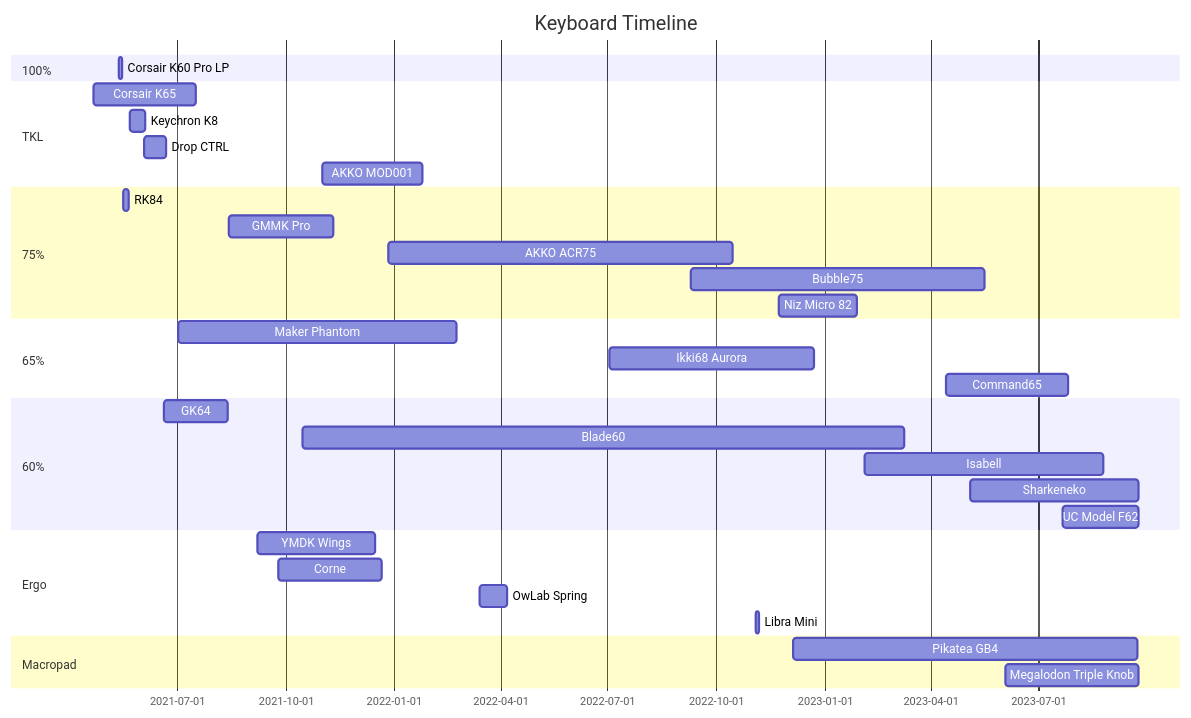
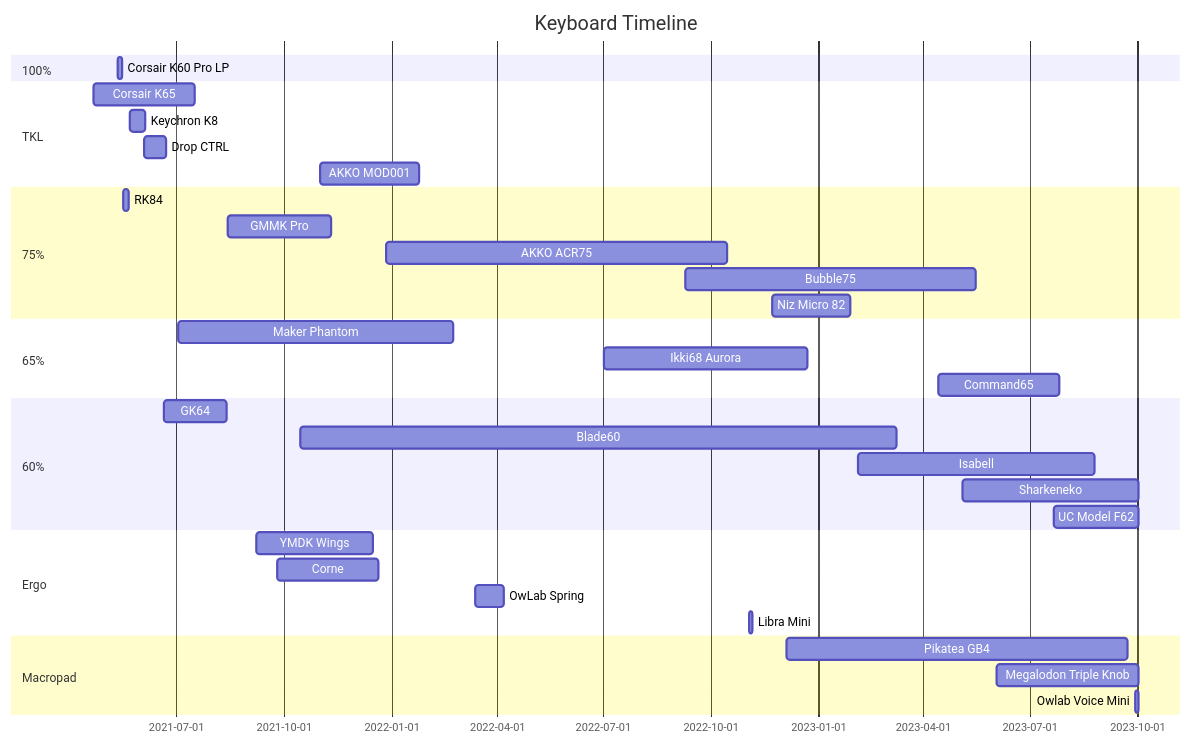
The diagram in content/keyboard-index.md (d-floe/quartzv4), drawn with Mermaid before and after one commit. The commit also changed other lines of this file and 1 other file, not shown here.

````diff
--- a/content/keyboard-index.md
+++ b/content/keyboard-index.md
@@ -6,45 +6,46 @@
 ```mermaid
 gantt
         title Keyboard Timeline
         dateFormat  MMMM Do YYYY
         todayMarker off
 
         section 100%
         Corsair K60 Pro LP:a2, May 12th 2021,May 15th 2021
 
         section TKL
         Corsair K65:a1, April 21st 2021,July 17th 2021
         Keychron K8:a4, May 22nd 2021,June 4th 2021
         Drop CTRL:a5, June 3rd 2021,June 22nd 2021
         AKKO MOD001:a12, November 1st 2021,January 25th 2022
 
         section 75%
         RK84:a3, May 16th 2021,May 21st 2021
         GMMK Pro:a8, August 14th 2021,November 10th 2021
 
         AKKO ACR75:a13, December 27th 2021,October 15th 2022
         Bubble75:a16, September 9th 2022,May 16th 2023
         Niz Micro 82:a18, November 23rd 2022,January 28th 2023
 
         section 65%
         Maker Phantom:a7, July 2nd 2021,February 23rd 2022
         Ikki68 Aurora:a15, July 2nd 2022,December 23rd 2022
         Command65:a20, April 14 2023,July 26th 2023
 
         section 60%
         GK64:a6, June 20th 2021,August 13th 2021
         Blade60:a11, October 15th 2021,March 9th 2023
         Isabell:a19, February 4th 2023,August 25th 2023
-        Sharkeneko:a21, May 4th 2023,September 24th 2023
-        UC Model F62:a22, July 22nd 2023,September 24th 2023
+        Sharkeneko:a21, May 4th 2023,October 2nd 2023
+        UC Model F62:a22, July 22nd 2023,October 2nd 2023
 
 		section Ergo
         YMDK Wings:a9, September 7th 2021,December 16th 2021
 		Corne:a10, September 25th 2021,December 21st 2021
 		OwLab Spring:a14, March 14th 2022,April 7th 2022
 		Libra Mini:a17, November 3rd 2022,November 6th 2022
 
 		section Macropad
 		Pikatea GB4:apk, December 5th 2022,September 23rd 2023
-		Megalodon Triple Knob:atk, June 3rd 2023,September 24th 2023
+		Megalodon Triple Knob:atk, June 3rd 2023,October 2nd 2023
+		Owlab Voice Mini:avm, September 29th 2023,October 2nd 2023
 ```
````
